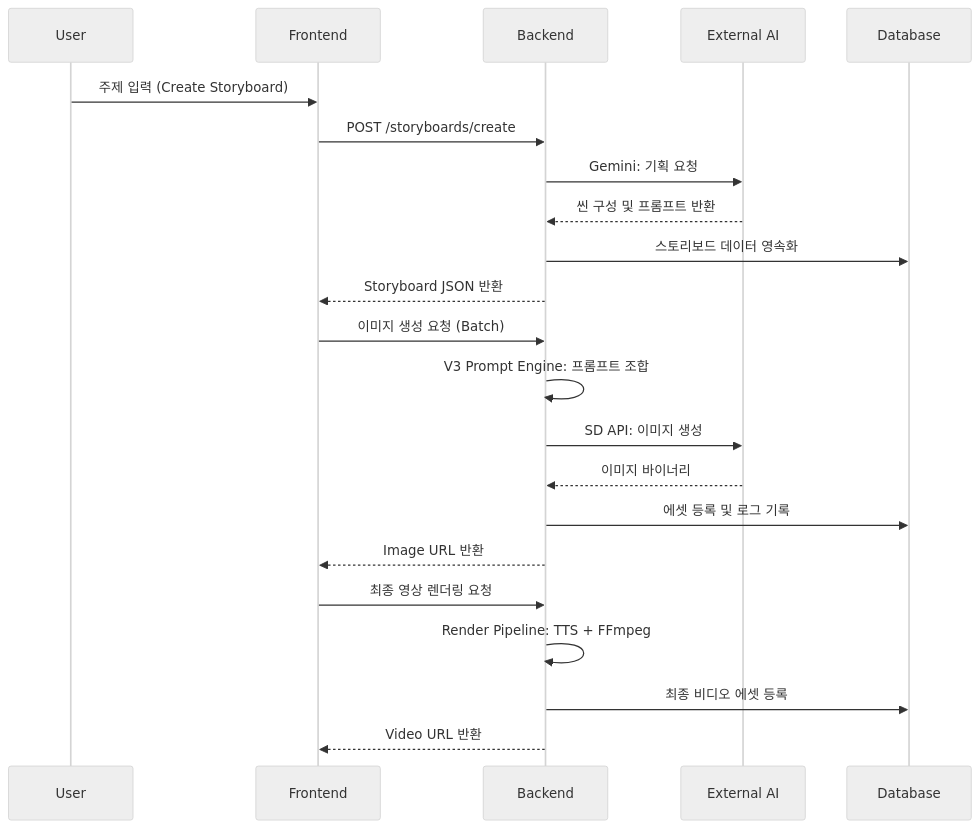
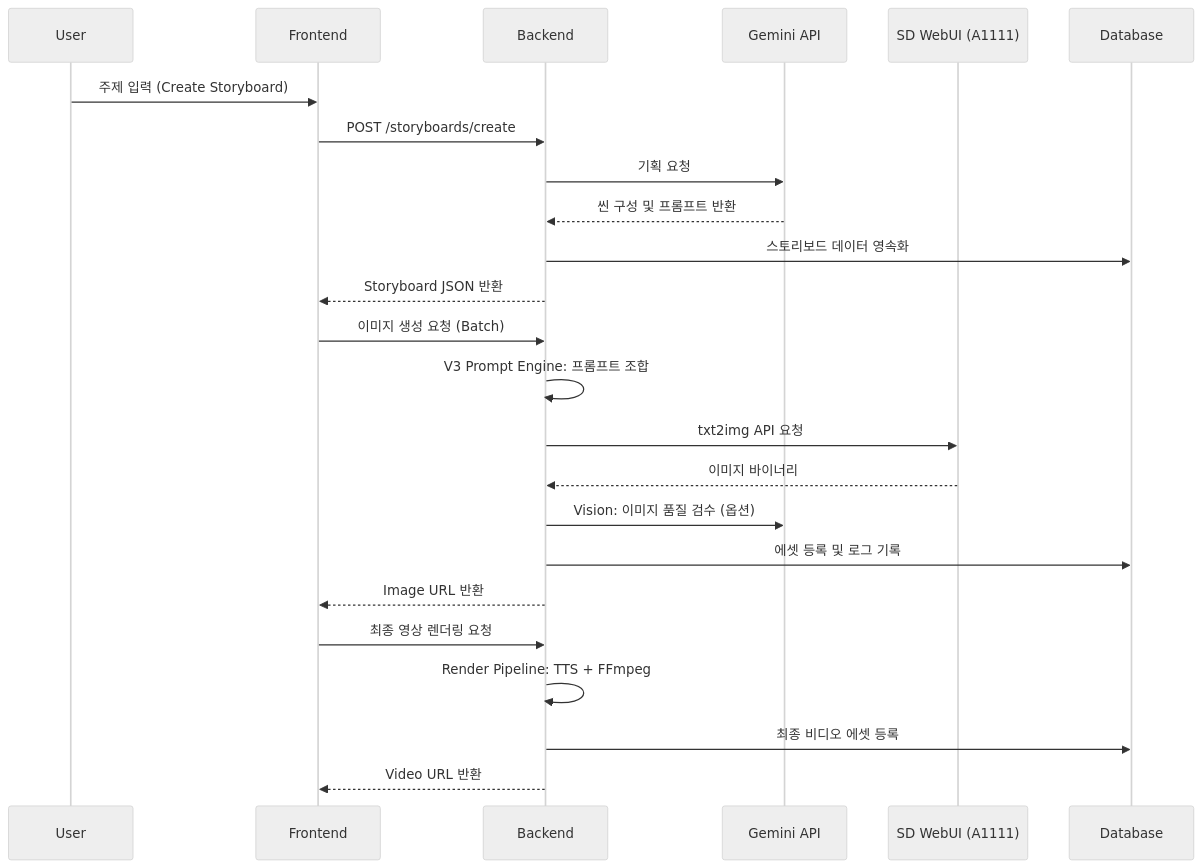
Before and after one commit to tomo-playground/sdd-orchestrator: the second of 2 diagrams in docs/03_engineering/architecture/SYSTEM_OVERVIEW.md, drawn with Mermaid (neutral theme). The commit also changed other lines of this file and 7 other files, not shown here.

````diff
--- a/docs/03_engineering/architecture/SYSTEM_OVERVIEW.md
+++ b/docs/03_engineering/architecture/SYSTEM_OVERVIEW.md
@@ -61,27 +72,29 @@
 ```mermaid
 sequenceDiagram
     participant U as User
     participant F as Frontend
     participant B as Backend
-    participant AI as External AI
+    participant Gem as Gemini API
+    participant SD as SD WebUI (A1111)
     participant DB as Database
 
     U->>F: 주제 입력 (Create Storyboard)
     F->>B: POST /storyboards/create
-    B->>AI: Gemini: 기획 요청
-    AI-->>B: 씬 구성 및 프롬프트 반환
+    B->>Gem: 기획 요청
+    Gem-->>B: 씬 구성 및 프롬프트 반환
     B->>DB: 스토리보드 데이터 영속화
     B-->>F: Storyboard JSON 반환
 
     F->>B: 이미지 생성 요청 (Batch)
     B->>B: V3 Prompt Engine: 프롬프트 조합
-    B->>AI: SD API: 이미지 생성
-    AI-->>B: 이미지 바이너리
+    B->>SD: txt2img API 요청
+    SD-->>B: 이미지 바이너리
+    B->>Gem: Vision: 이미지 품질 검수 (옵션)
     B->>DB: 에셋 등록 및 로그 기록
     B-->>F: Image URL 반환
 
     F->>B: 최종 영상 렌더링 요청
     B->>B: Render Pipeline: TTS + FFmpeg
     B->>DB: 최종 비디오 에셋 등록
     B-->>F: Video URL 반환
 ```
````
